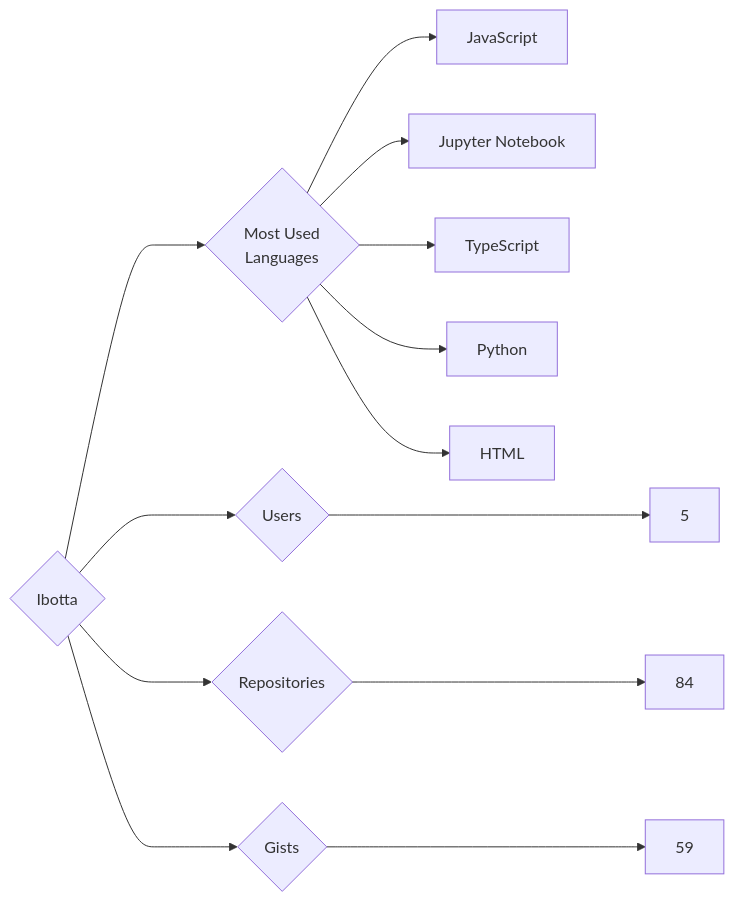
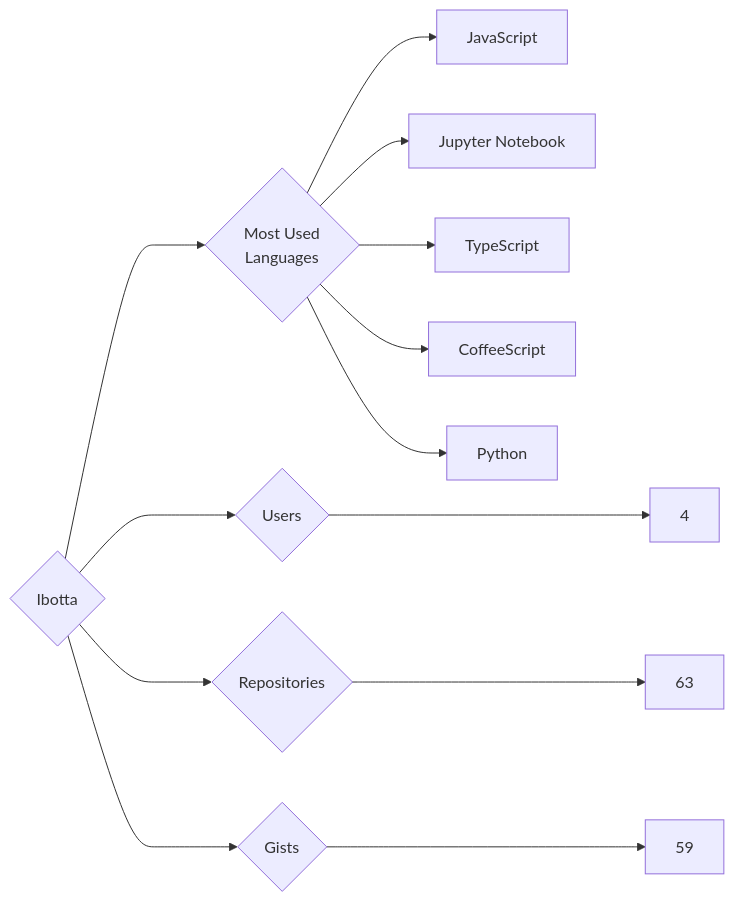
The diagram in targets/Ibotta/README.md (trickest/insiders), drawn with Mermaid before and after one commit. The commit also changed 873 other files, not shown here.

````diff
--- a/targets/Ibotta/README.md
+++ b/targets/Ibotta/README.md
@@ -3,13 +3,13 @@
 ```mermaid
 graph LR
 COMPANY_NAME{Ibotta}
-COMPANY_NAME ---> U{Users} ---> UN[5]
-COMPANY_NAME ---> R{Repositories} ---> RN[84]
+COMPANY_NAME ---> U{Users} ---> UN[4]
+COMPANY_NAME ---> R{Repositories} ---> RN[63]
 COMPANY_NAME ---> G{Gists} ---> GN[59]
 COMPANY_NAME ---> ML{Most Used<br>Languages}
 ML --> JavaScript[JavaScript]
 ML --> Jupyter_Notebook[Jupyter Notebook]
 ML --> TypeScript[TypeScript]
+ML --> CoffeeScript[CoffeeScript]
 ML --> Python[Python]
-ML --> HTML[HTML]
 ```
````
